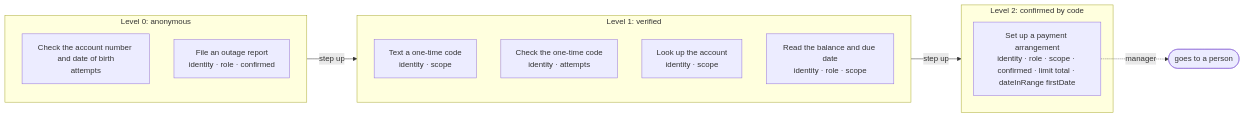
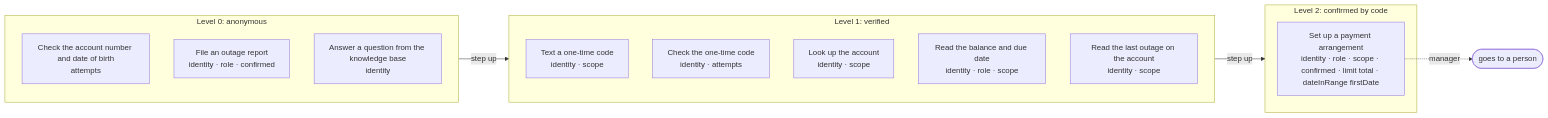
Before and after one commit to DialogWright/dialogwright: the second of 2 diagrams in apps/utility/POLICY.md, drawn with Mermaid. The commit also changed other lines of this file and 16 other files, not shown here.

````diff
--- a/apps/utility/POLICY.md
+++ b/apps/utility/POLICY.md
@@ -100,20 +105,22 @@
 ```mermaid
 flowchart LR
   subgraph lv0["Level 0: anonymous"]
     a_verifyCustomer["Check the account number and date of birth<br/>attempts"]
     a_reportOutage["File an outage report<br/>identity · role · confirmed"]
+    a_answerQuestion["Answer a question from the knowledge base<br/>identity"]
   end
   subgraph lv1["Level 1: verified"]
     a_sendCode["Text a one-time code<br/>identity · scope"]
     a_verifyCode["Check the one-time code<br/>identity · attempts"]
     a_findAccount["Look up the account<br/>identity · scope"]
     a_readBalance["Read the balance and due date<br/>identity · role · scope"]
+    a_getOutageHistory["Read the last outage on the account<br/>identity · scope"]
   end
   subgraph lv2["Level 2: confirmed by code"]
     a_setUpPlan["Set up a payment arrangement<br/>identity · role · scope · confirmed · limit total · dateInRange firstDate"]
   end
   lv0 -->|"step up"| lv1
   lv1 -->|"step up"| lv2
   person(["goes to a person"])
   a_setUpPlan -.->|"manager"| person
 ```
````
